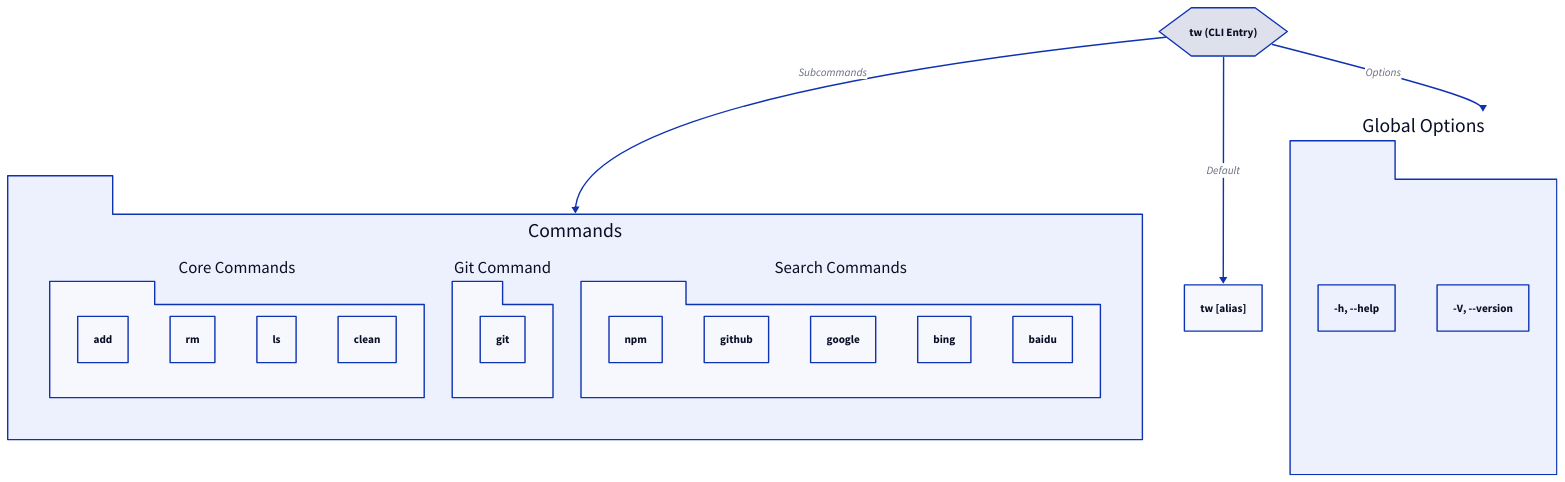
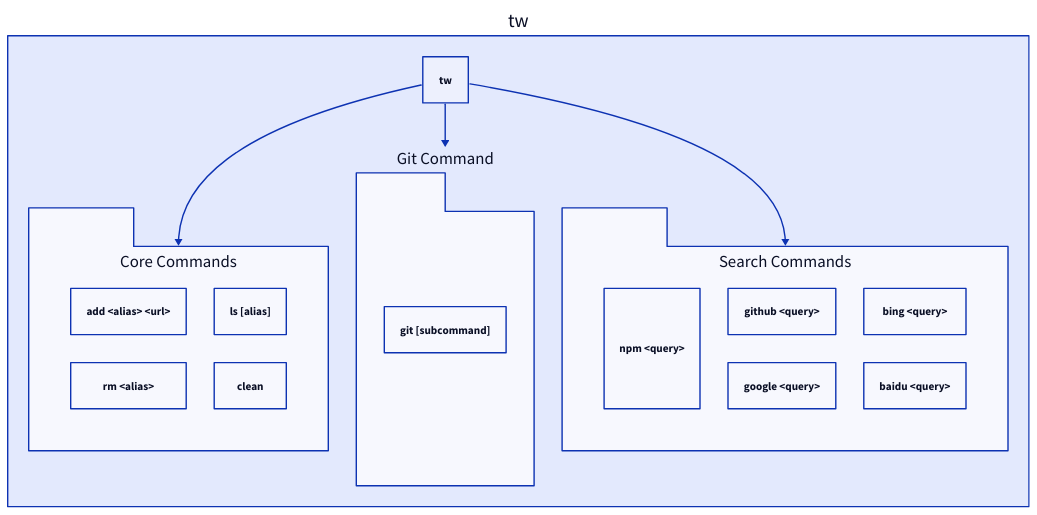
The diagram in .aigne/doc-smith/docs/command-reference.md (lban2049/to-where-cli), drawn with D2 before and after one commit. The commit also changed other lines of this file and 24 other files, not shown here.

````diff
--- a/.aigne/doc-smith/docs/command-reference.md
+++ b/.aigne/doc-smith/docs/command-reference.md
@@ -9,50 +7,36 @@
 ```d2
 direction: down
 
-"tw": {
-  shape: hexagon
-  label: "tw (CLI Entry)"
-}
-
-"Commands": {
-  shape: package
-  grid-columns: 3
+tw: {
+  shape: rectangle
+  label: "tw"
 
   "Core Commands": {
     shape: package
-    "add"
-    "rm"
-    "ls"
-    "clean"
+    grid-columns: 2
+    add: "add <alias> <url>"
+    rm: "rm <alias>"
+    ls: "ls [alias]"
+    clean: "clean"
   }
 
   "Git Command": {
     shape: package
-    "git"
+    git: "git [subcommand]"
   }
 
   "Search Commands": {
     shape: package
-    "npm"
-    "github"
-    "google"
-    "bing"
-    "baidu"
+    grid-columns: 3
+    npm: "npm <query>"
+    github: "github <query>"
+    google: "google <query>"
+    bing: "bing <query>"
+    baidu: "baidu <query>"
   }
+
+  tw -> "Core Commands"
+  tw -> "Git Command"
+  tw -> "Search Commands"
 }
-
-"Default Action": {
-  label: "tw [alias]"
-  shape: rectangle
-}
-
-"Global Options": {
-    shape: package
-    "-h, --help"
-    "-V, --version"
-}
-
-"tw" -> "Default Action": "Default"
-"tw" -> "Commands": "Subcommands"
-"tw" -> "Global Options": "Options"
 ```
````
